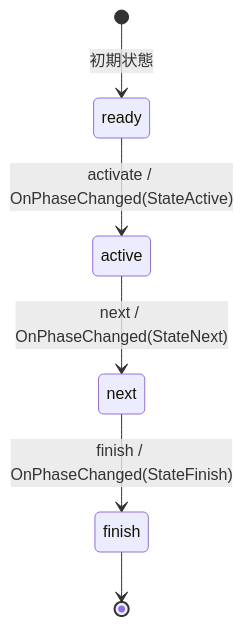
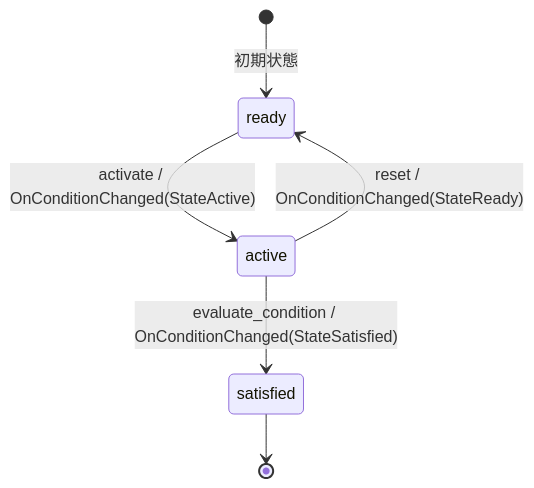
Before and after one commit to mormorbump/FsmStateMachineSample: diagram 13 of 18 in docs/README.md, drawn with Mermaid. The commit also changed other lines of this file and 5 other files, not shown here.

````diff
--- a/docs/README.md
+++ b/docs/README.md
@@ -426,8 +681,8 @@
 ```mermaid
 stateDiagram-v2
     [*] --> ready: 初期状態
-    ready --> active: activate / OnPhaseChanged(StateActive)
-    active --> next: next / OnPhaseChanged(StateNext)
-    next --> finish: finish / OnPhaseChanged(StateFinish)
-    finish --> [*]
+    ready --> active: activate / OnConditionChanged(StateActive)
+    active --> satisfied: evaluate_condition / OnConditionChanged(StateSatisfied)
+    satisfied --> [*]
+    active --> ready: reset / OnConditionChanged(StateReady)
 ```
````
